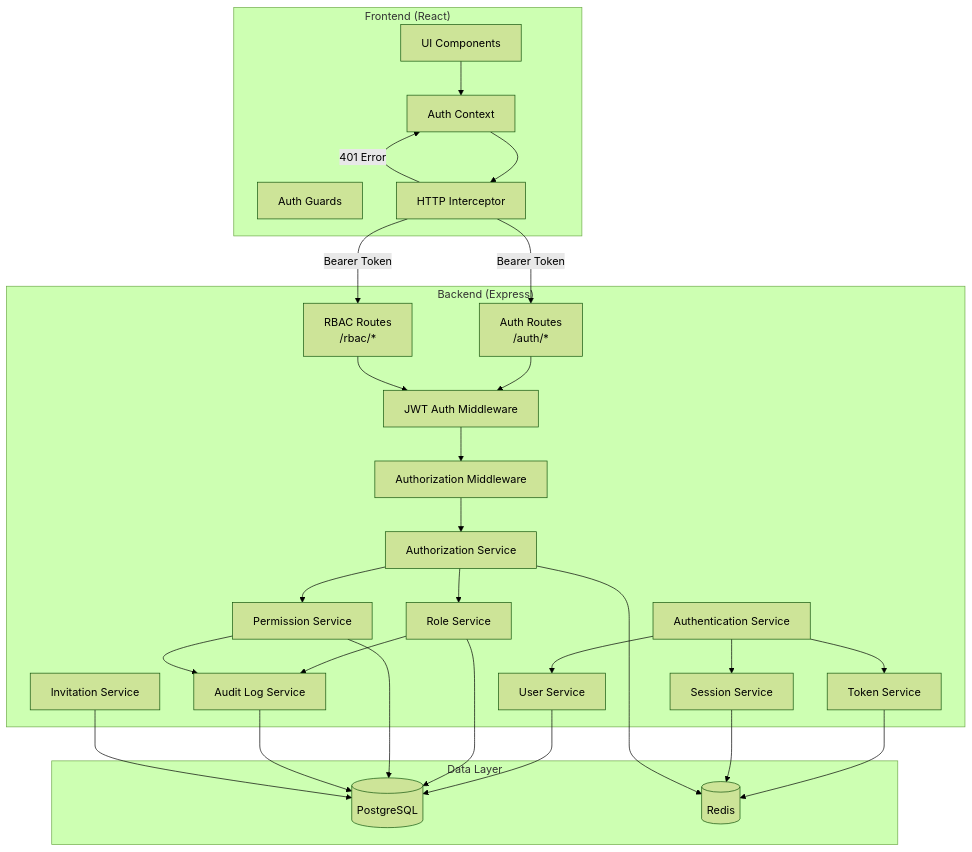
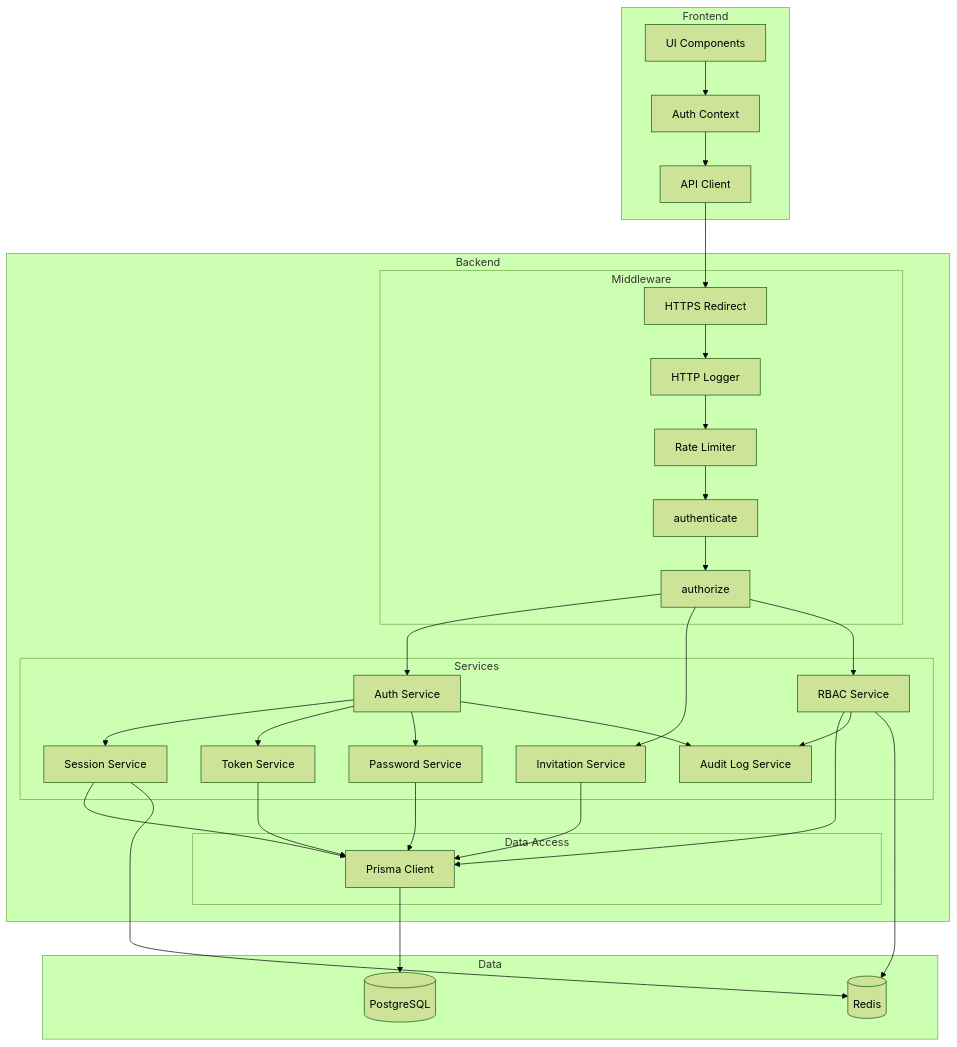
The diagram in .kiro/specs/user-authentication/design.md (inakanou/ArchiTrack), drawn with Mermaid (forest theme) before and after one commit. The commit also changed other lines of this file and 1 other file, not shown here.

First line of the commit message:
refactor(spec): 技術設計書を生成し要件定義を自動承認（user-authentication）

````diff
--- a/.kiro/specs/user-authentication/design.md
+++ b/.kiro/specs/user-authentication/design.md
@@ -53,59 +53,61 @@
 ```mermaid
 graph TB
-    subgraph "Frontend (React)"
+    subgraph "Frontend"
         UI[UI Components]
         AuthContext[Auth Context]
-        AuthGuard[Auth Guards]
-        Interceptor[HTTP Interceptor]
+        APIClient[API Client]
     end
 
-    subgraph "Backend (Express)"
-        AuthRoutes[Auth Routes<br/>/auth/*]
-        RBACRoutes[RBAC Routes<br/>/rbac/*]
-        AuthMiddleware[JWT Auth Middleware]
-        AuthzMiddleware[Authorization Middleware]
+    subgraph "Backend"
+        subgraph "Middleware"
+            HTTPS[HTTPS Redirect]
+            Logger[HTTP Logger]
+            RateLimit[Rate Limiter]
+            Auth[authenticate]
+            Authz[authorize]
+        end
 
-        AuthService[Authentication Service]
-        TokenService[Token Service]
-        SessionService[Session Service]
-        AuthzService[Authorization Service]
-        RoleService[Role Service]
-        PermissionService[Permission Service]
-        AuditService[Audit Log Service]
-        InvitationService[Invitation Service]
-        UserService[User Service]
+        subgraph "Services"
+            AuthService[Auth Service]
+            InvitationService[Invitation Service]
+            RBACService[RBAC Service]
+            SessionService[Session Service]
+            PasswordService[Password Service]
+            TokenService[Token Service]
+            AuditLogService[Audit Log Service]
+        end
+
+        subgraph "Data Access"
+            PrismaClient[Prisma Client]
+        end
     end
 
-    subgraph "Data Layer"
+    subgraph "Data"
         PostgreSQL[(PostgreSQL)]
         Redis[(Redis)]
     end
 
     UI --> AuthContext
-    AuthContext --> Interceptor
-    Interceptor -->|Bearer Token| AuthRoutes
-    Interceptor -->|Bearer Token| RBACRoutes
-    Interceptor -->|401 Error| AuthContext
-
-    AuthRoutes --> AuthMiddleware
-    RBACRoutes --> AuthMiddleware
-    AuthMiddleware --> AuthzMiddleware
-    AuthzMiddleware --> AuthzService
-
+    AuthContext --> APIClient
+    APIClient --> HTTPS
+    HTTPS --> Logger
+    Logger --> RateLimit
+    RateLimit --> Auth
+    Auth --> Authz
+    Authz --> AuthService
+    Authz --> InvitationService
+    Authz --> RBACService
+    AuthService --> SessionService
     AuthService --> TokenService
-    AuthService --> SessionService
-    AuthService --> UserService
-    AuthzService --> RoleService
-    AuthzService --> PermissionService
-    RoleService --> AuditService
-    PermissionService --> AuditService
-
-    TokenService --> Redis
+    AuthService --> PasswordService
+    InvitationService --> PrismaClient
+    RBACService --> PrismaClient
+    SessionService --> PrismaClient
+    PasswordService --> PrismaClient
+    TokenService --> PrismaClient
+    AuthService --> AuditLogService
+    RBACService --> AuditLogService
+    PrismaClient --> PostgreSQL
+    RBACService --> Redis
     SessionService --> Redis
-    AuthzService --> Redis
-    UserService --> PostgreSQL
-    RoleService --> PostgreSQL
-    PermissionService --> PostgreSQL
-    AuditService --> PostgreSQL
-    InvitationService --> PostgreSQL
 ```
````
